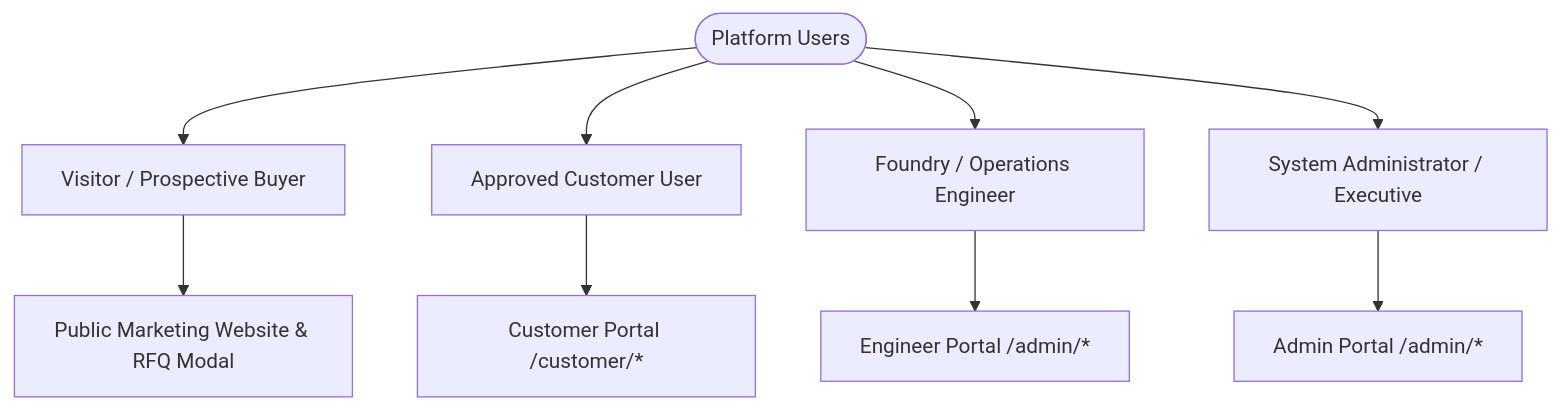
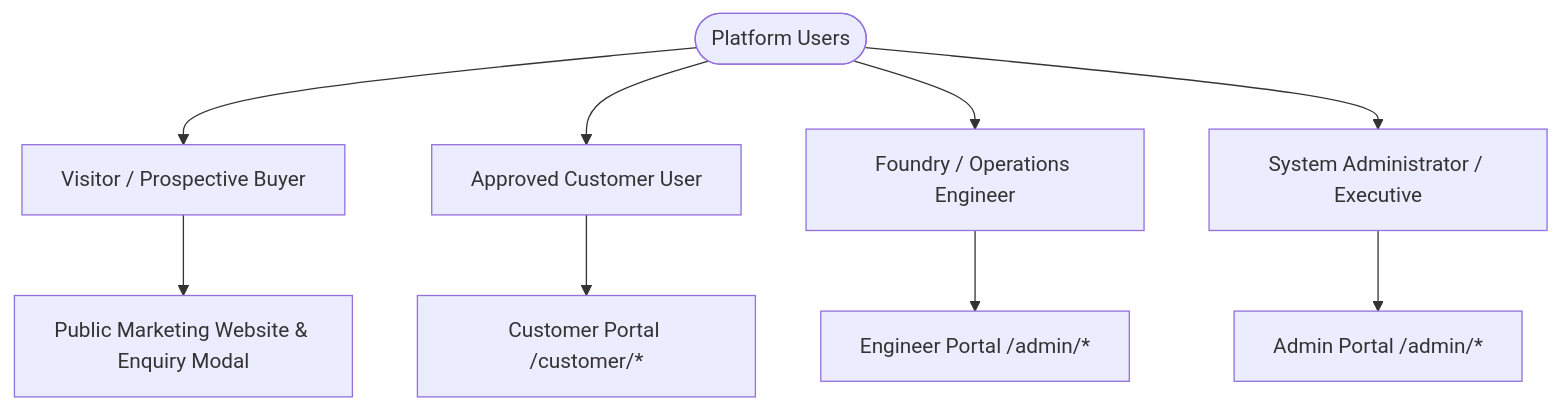
The first of 5 diagrams in docs/01-product-requirements-document.md (RahulBhola/Shakti-Udyog), drawn with Mermaid before and after one commit. The commit also changed other lines of this file and 23 other files, not shown here.

Commit message:
refactor: standardize RFQ nomenclature to Enquiry across documentation and UI

````diff
--- a/docs/01-product-requirements-document.md
+++ b/docs/01-product-requirements-document.md
@@ -61,14 +61,14 @@
 ```mermaid
 graph TD
     User([Platform Users])
     
     User --> V[Visitor / Prospective Buyer]
     User --> C[Approved Customer User]
     User --> E[Foundry / Operations Engineer]
     User --> A[System Administrator / Executive]
     
-    V --> P1[Public Marketing Website & RFQ Modal]
+    V --> P1[Public Marketing Website & Enquiry Modal]
     C --> P2[Customer Portal /customer/*]
     E --> P3[Engineer Portal /admin/*]
     A --> P4[Admin Portal /admin/*]
 ```
````
